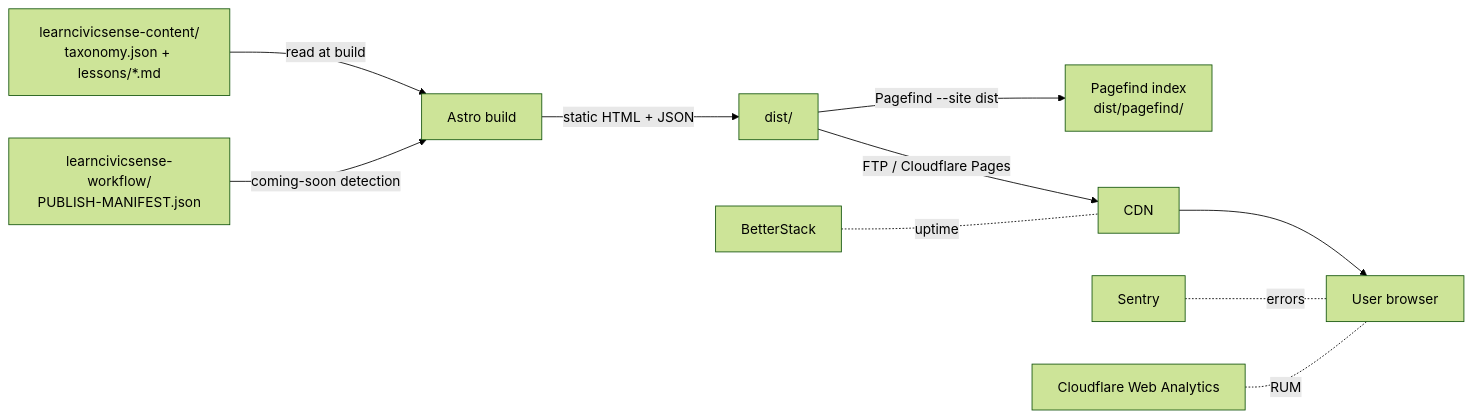
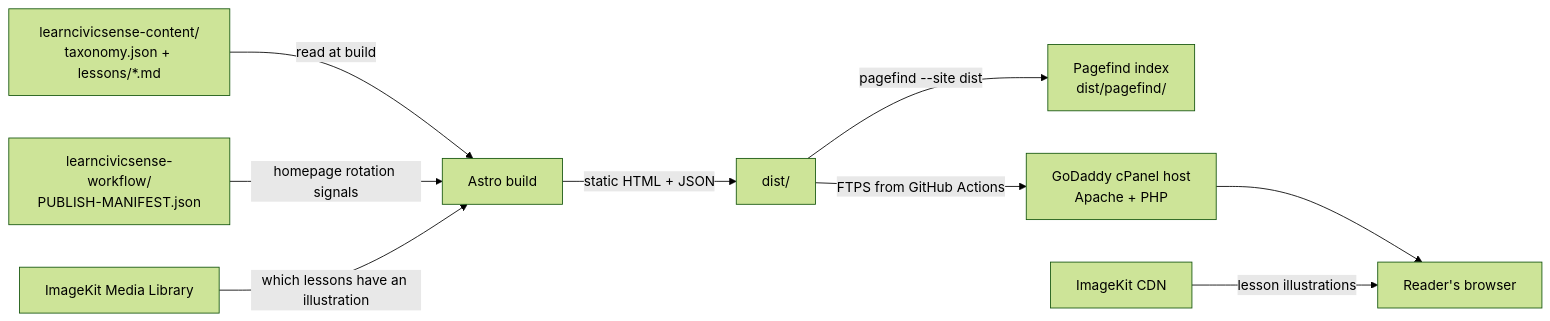
The diagram in ARCHITECTURE.md (gragtajar/lcs), drawn with Mermaid (forest theme) before and after one commit. The commit also changed other lines of this file and 14 other files, not shown here.

````diff
--- a/ARCHITECTURE.md
+++ b/ARCHITECTURE.md
@@ -8,12 +8,11 @@
 ```mermaid
 graph LR
   A[learncivicsense-content/<br/>taxonomy.json + lessons/*.md] -->|read at build| B[Astro build]
-  C[learncivicsense-workflow/<br/>PUBLISH-MANIFEST.json] -->|coming-soon detection| B
+  C[learncivicsense-workflow/<br/>PUBLISH-MANIFEST.json] -->|homepage rotation signals| B
+  K[ImageKit Media Library] -->|which lessons have an illustration| B
   B -->|static HTML + JSON| D[dist/]
-  D -->|Pagefind --site dist| E[Pagefind index<br/>dist/pagefind/]
-  D -->|FTP / Cloudflare Pages| F[CDN]
-  F --> G[User browser]
-  H[Sentry] -. errors .- G
-  I[Cloudflare Web Analytics] -. RUM .- G
-  J[BetterStack] -. uptime .- F
+  D -->|pagefind --site dist| E[Pagefind index<br/>dist/pagefind/]
+  D -->|FTPS from GitHub Actions| F[GoDaddy cPanel host<br/>Apache + PHP]
+  F --> G[Reader's browser]
+  L[ImageKit CDN] -->|lesson illustrations| G
 ```
````
